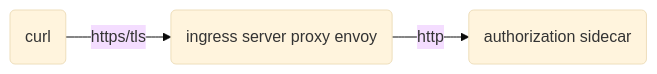
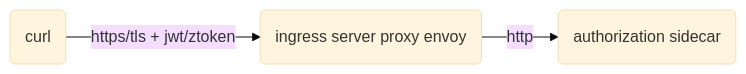
One commit to ctyano/athenz-distribution changed the eighth of 15 diagrams in docs/ENVOY.md. Above: the diagram before and after it, drawn with Mermaid (base theme). The commit also changed other lines of this file, not shown here.

````diff
--- a/docs/ENVOY.md
+++ b/docs/ENVOY.md
@@ -114,4 +114,4 @@
 ```mermaid
 flowchart LR
-A(curl) -->|https/tls| B(ingress server proxy envoy) -->|http| C(authorization sidecar)
+A(curl) -->|https/tls + jwt/ztoken| B(ingress server proxy envoy) -->|http| C(authorization sidecar)
 ```
````
